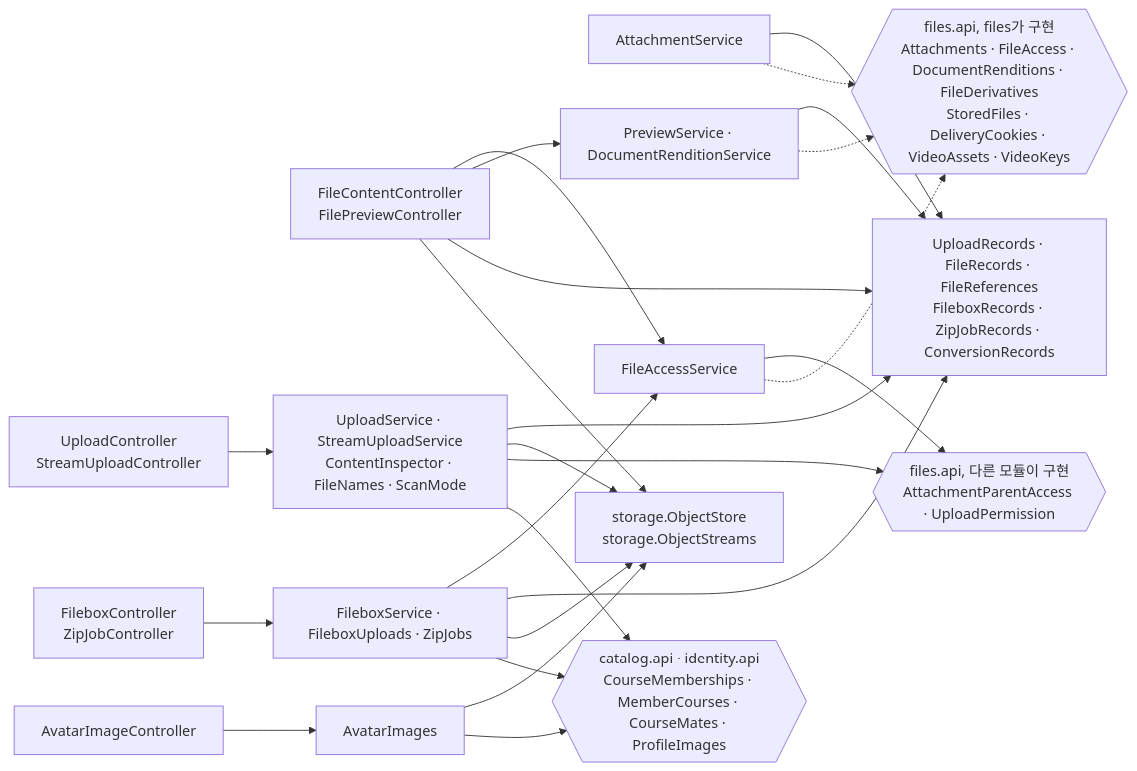
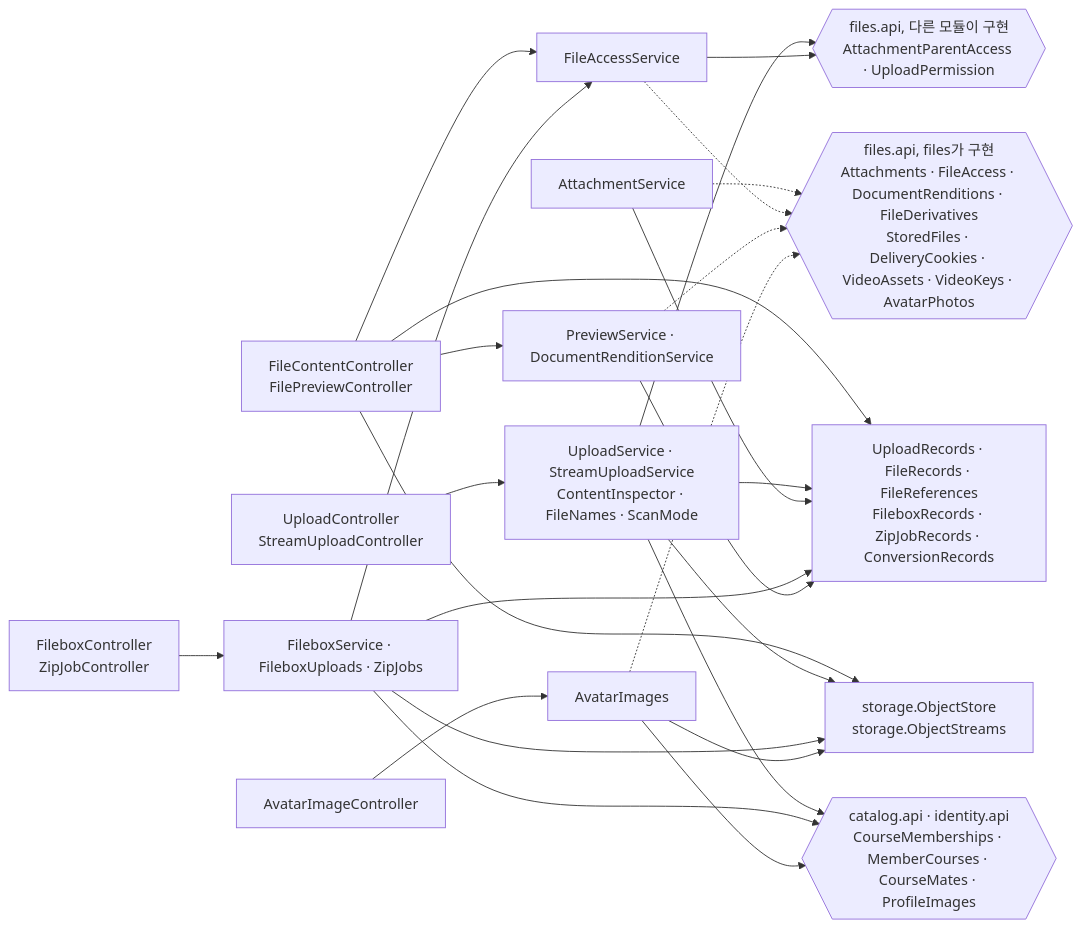
One commit to 2026ENDPoinT/team13 changed diagram 11 of 18 in backend/docs/c4.md. Above: the diagram before and after it, drawn with Mermaid. The commit also changed other lines of this file and 23 other files, not shown here.

````diff
--- a/backend/docs/c4.md
+++ b/backend/docs/c4.md
@@ -432,32 +438,32 @@
 ```mermaid
 flowchart LR
   CU["UploadController<br/>StreamUploadController"]
   CF["FileContentController<br/>FilePreviewController"]
   CB["FileboxController<br/>ZipJobController"]
   CA["AvatarImageController"]
   US["UploadService · StreamUploadService<br/>ContentInspector · FileNames · ScanMode"]
   AS["AttachmentService"]
   FA["FileAccessService"]
   FB["FileboxService · FileboxUploads · ZipJobs"]
   AV["AvatarImages"]
   PV["PreviewService · DocumentRenditionService"]
   R["UploadRecords · FileRecords · FileReferences<br/>FileboxRecords · ZipJobRecords · ConversionRecords"]
   OS["storage.ObjectStore<br/>storage.ObjectStreams"]
-  API{{"files.api, files가 구현<br/>Attachments · FileAccess · DocumentRenditions · FileDerivatives<br/>StoredFiles · DeliveryCookies · VideoAssets · VideoKeys"}}
+  API{{"files.api, files가 구현<br/>Attachments · FileAccess · DocumentRenditions · FileDerivatives<br/>StoredFiles · DeliveryCookies · VideoAssets · VideoKeys · AvatarPhotos"}}
   PAR{{"files.api, 다른 모듈이 구현<br/>AttachmentParentAccess · UploadPermission"}}
   EXT{{"catalog.api · identity.api<br/>CourseMemberships · MemberCourses · CourseMates · ProfileImages"}}
   CU --> US
   CF --> FA & PV & R & OS
   CB --> FB
   CA --> AV
   US --> R & OS
   US --> PAR
   US --> EXT
   AS --> R
   FA --> PAR
   FB --> FA & R & OS
   FB --> EXT
   AV --> OS & EXT
   PV --> R
-  AS & FA & PV -.-> API
+  AS & FA & PV & AV -.-> API
 ```
````
